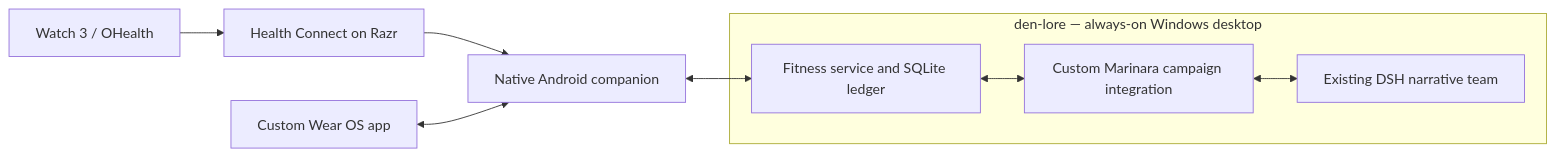
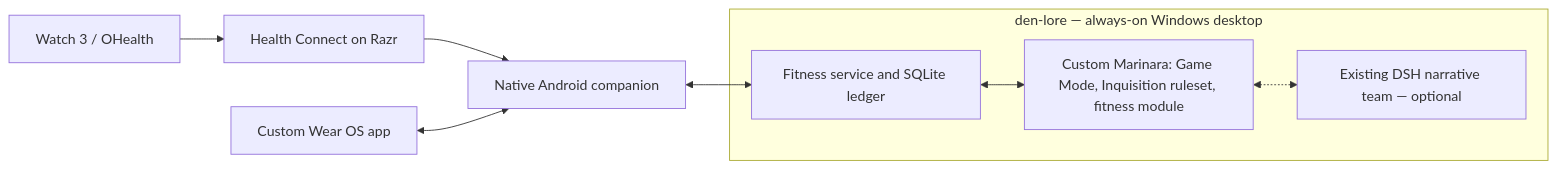
The diagram in docs/implementation.md (FuzzySlipper/lore-fitness-rpg), drawn with Mermaid before and after one commit. The commit also changed other lines of this file and 10 other files, not shown here.

````diff
--- a/docs/implementation.md
+++ b/docs/implementation.md
@@ -61,14 +88,14 @@
 ```mermaid
 flowchart LR
   O[Watch 3 / OHealth] --> H[Health Connect on Razr]
   H --> P[Native Android companion]
   W[Custom Wear OS app] <--> P
   subgraph L[den-lore — always-on Windows desktop]
     F[Fitness service and SQLite ledger]
-    M[Custom Marinara campaign integration]
-    D[Existing DSH narrative team]
+    M[Custom Marinara: Game Mode, Inquisition ruleset, fitness module]
+    D[Existing DSH narrative team — optional]
     F <--> M
-    M <--> D
+    M <-.-> D
   end
   P <--> F
 ```
````
